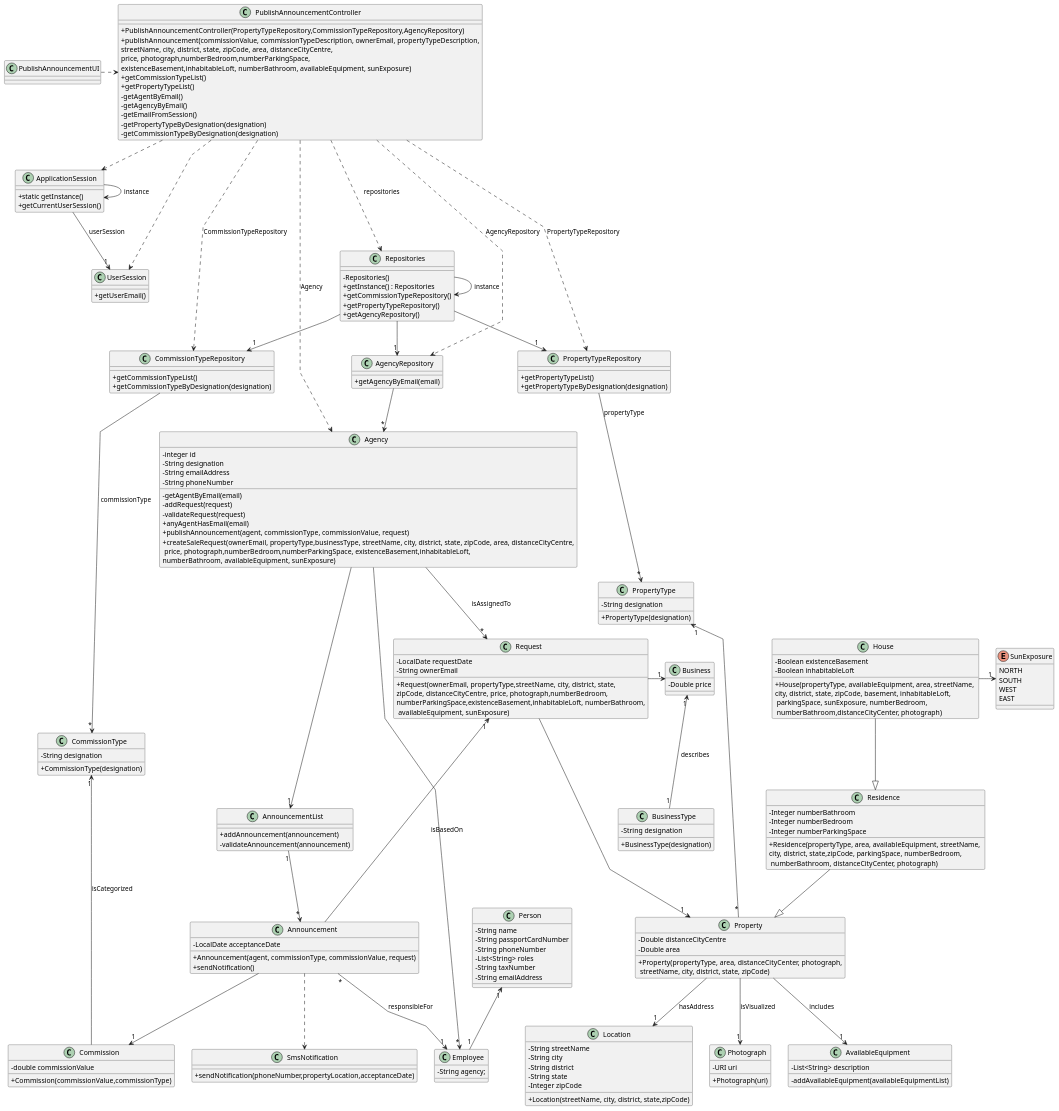
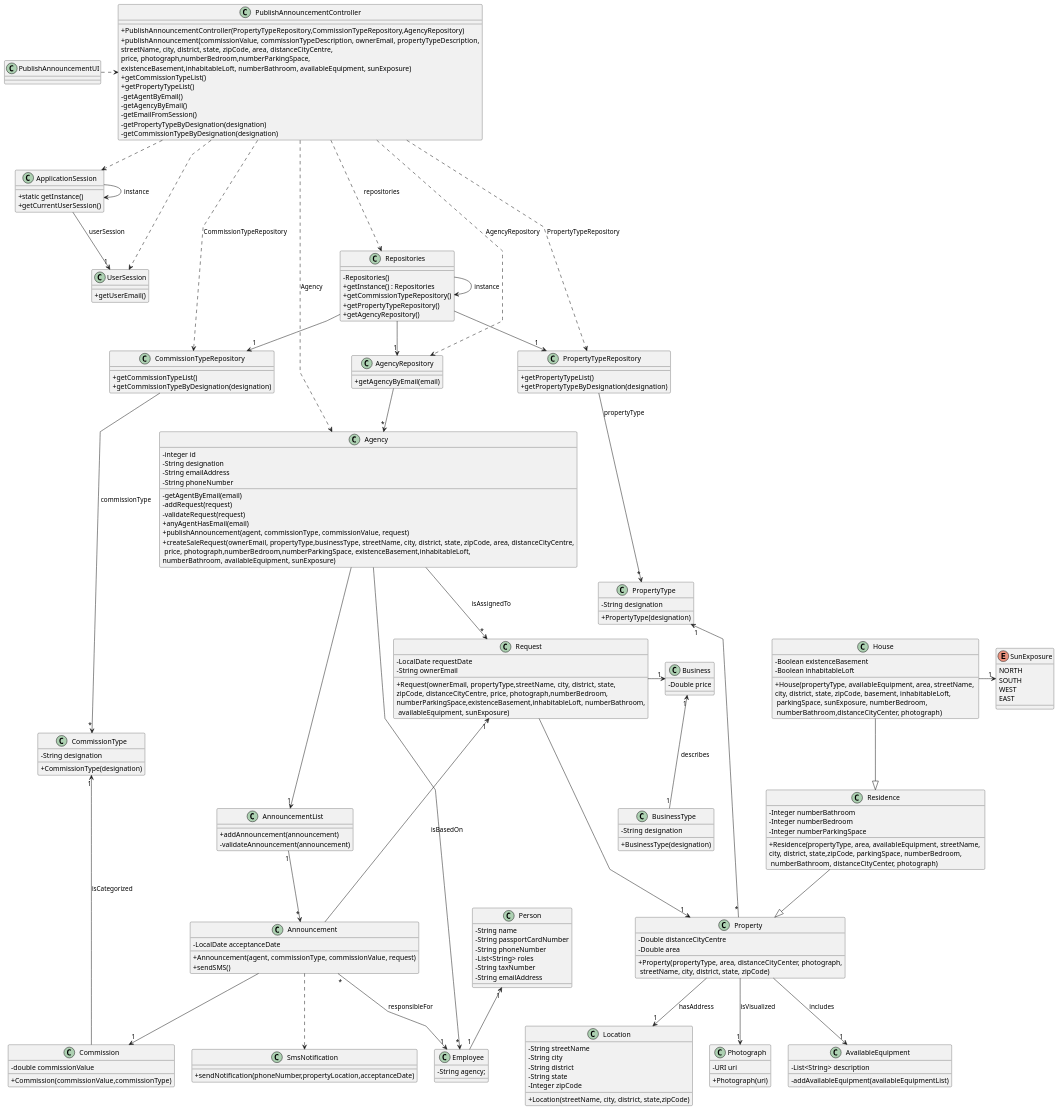
The diagram in docs/sprintD/us002/03.design/puml/us002-class-diagram.puml (rita-barbosa/LAPR2-2223), drawn with PlantUML before and after one commit. The commit also changed 1 other file, not shown here.

Commit message:
Update sequence diagram & class diagram: rename method [US002][Design]

```diff
--- a/docs/sprintD/us002/03.design/puml/us002-class-diagram.puml
+++ b/docs/sprintD/us002/03.design/puml/us002-class-diagram.puml
@@ -52,7 +52,7 @@
 class Announcement {
     - LocalDate acceptanceDate
     + Announcement(agent, commissionType, commissionValue, request)
-    + sendNotification()
+    + sendSMS()
 }
 class SmsNotification{
     + sendNotification(phoneNumber,propertyLocation,acceptanceDate)
```
